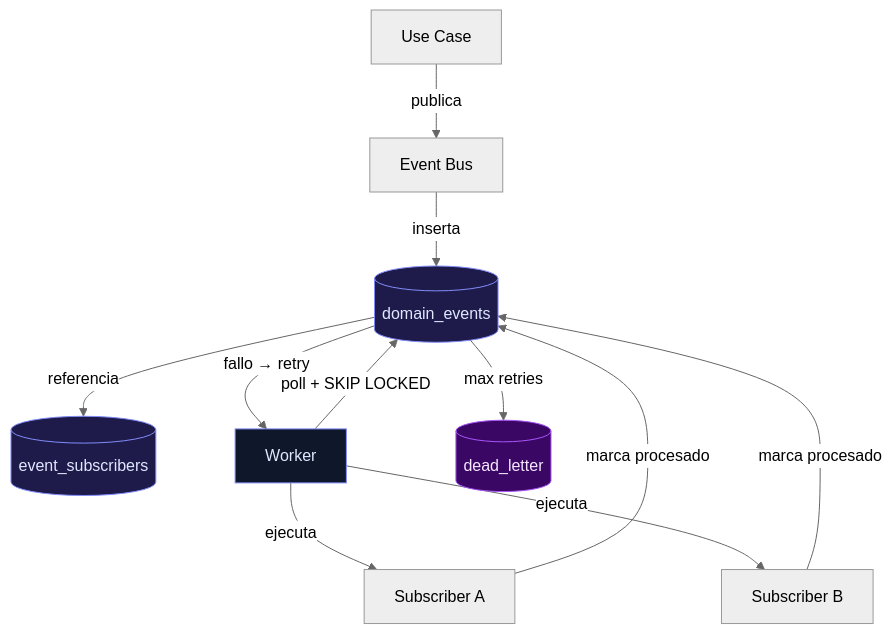
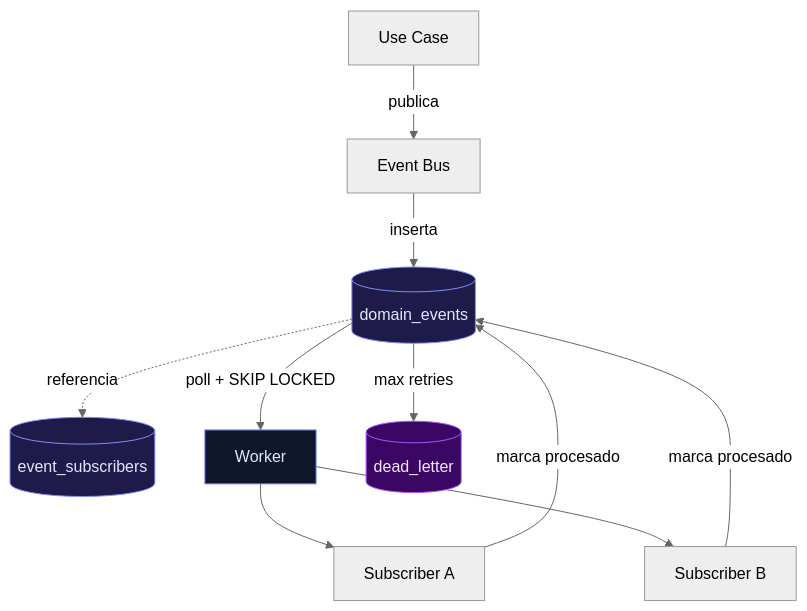
Before and after one commit to AbrahamVilchesDeLaCruz/porfolio-neon-astro: the diagram in src/content/blog/03-postgresql-como-cola-de-mensajeria.md, drawn with Mermaid (neutral theme). The commit also changed other lines of this file and 7 other files, not shown here.

Commit message:
Refactor blog posts for clarity and consistency in language; update titles and descriptions, improve flowcharts, and enhance readability. Add new article on the relationship between testability and observability in software design.

````diff
--- a/src/content/blog/03-postgresql-como-cola-de-mensajeria.md
+++ b/src/content/blog/03-postgresql-como-cola-de-mensajeria.md
@@ -66,18 +66,26 @@
 ```mermaid
-flowchart TD
-    UC[Use Case] -->|publica| EB[Event Bus]
-    EB -->|inserta| EV[(domain_events)]
-    EV -->|referencia| SR[(event_subscribers)]
-    W[Worker] -->|poll + SKIP LOCKED| EV
-    W -->|ejecuta| S1[Subscriber A]
-    W -->|ejecuta| S2[Subscriber B]
+flowchart TB
+    UC[Use Case]
+    EB[Event Bus]
+    EV[(domain_events)]
+    SR[(event_subscribers)]
+    W[Worker]
+    S1[Subscriber A]
+    S2[Subscriber B]
+    DL[(dead_letter)]
+
+    UC -->|publica| EB
+    EB -->|inserta| EV
+    EV -.->|referencia| SR
+    EV -->|poll + SKIP LOCKED| W
+    W --> S1
+    W --> S2
     S1 -->|marca procesado| EV
     S2 -->|marca procesado| EV
-    EV -->|fallo → retry| W
-    EV -->|max retries| DL[(dead_letter)]
+    EV -->|max retries| DL
 
     style EV fill:#1e1b4b,stroke:#818cf8,color:#e0e7ff
     style SR fill:#1e1b4b,stroke:#818cf8,color:#e0e7ff
     style DL fill:#3b0764,stroke:#a855f7,color:#f3e8ff
     style W fill:#0f172a,stroke:#818cf8,color:#e0e7ff
 ```
````
